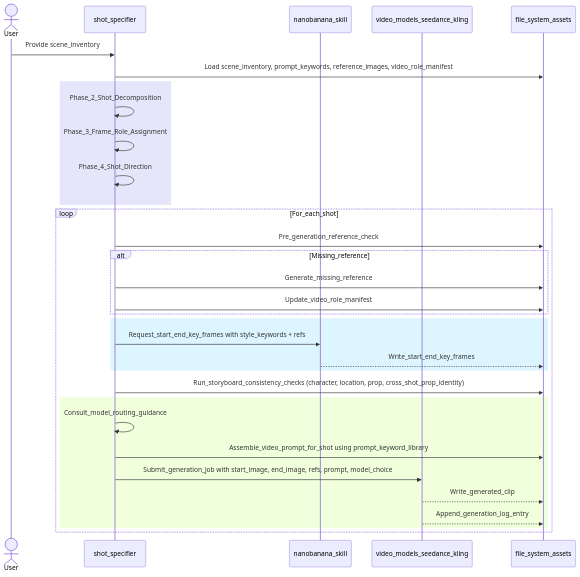
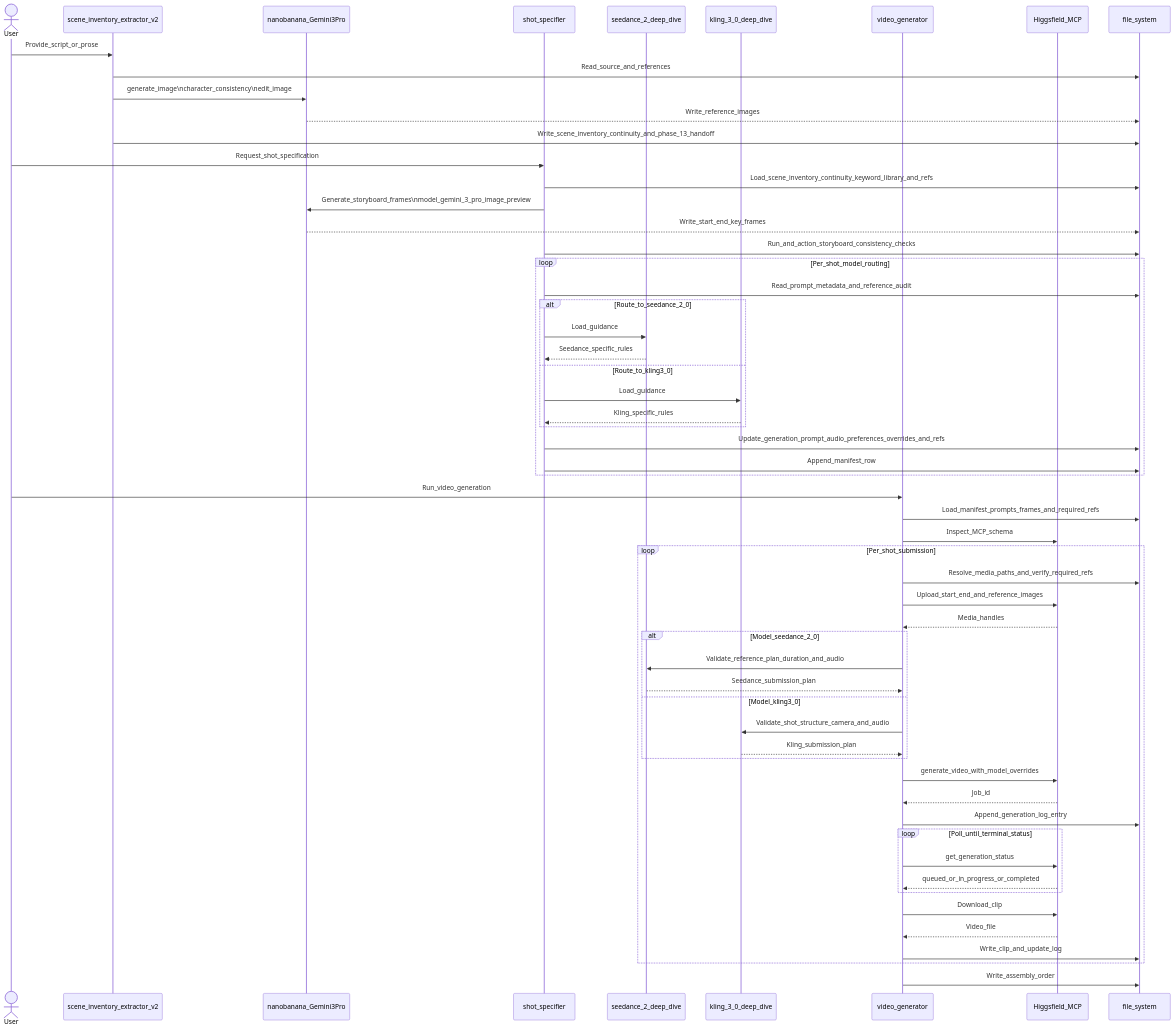
The first of 3 diagrams in docs/users-guide.md (leynos/visual-storytelling-skills), drawn with Mermaid before and after one commit. The commit also changed other lines of this file and 33 other files, not shown here.

First line of the commit message:
Update Nanobanana and Video skills per feedback (#2)

````diff
--- a/docs/users-guide.md
+++ b/docs/users-guide.md
@@ -26,40 +29,70 @@
 ```mermaid
 sequenceDiagram
   actor User
-  participant Shot_specifier as shot_specifier
-  participant Nanobanana as nanobanana_skill
-  participant Video_models as video_models_seedance_kling
-  participant FS as file_system_assets
+  participant Extractor as scene_inventory_extractor_v2
+  participant Nano as nanobanana_Gemini3Pro
+  participant Shot as shot_specifier
+  participant SeedanceDD as seedance_2_deep_dive
+  participant KlingDD as kling_3_0_deep_dive
+  participant VideoGen as video_generator
+  participant Higgs as Higgsfield_MCP
+  participant FS as file_system
 
-  User->>Shot_specifier: Provide scene_inventory
-  Shot_specifier->>FS: Load scene_inventory, prompt_keywords, reference_images, video_role_manifest
+  User->>Extractor: Provide_script_or_prose
+  Extractor->>FS: Read_source_and_references
+  Extractor->>Nano: generate_image\ncharacter_consistency\nedit_image
+  Nano-->>FS: Write_reference_images
+  Extractor->>FS: Write_scene_inventory_continuity_and_phase_13_handoff
 
-  rect rgb(230,230,250)
-    Shot_specifier->>Shot_specifier: Phase_2_Shot_Decomposition
-    Shot_specifier->>Shot_specifier: Phase_3_Frame_Role_Assignment
-    Shot_specifier->>Shot_specifier: Phase_4_Shot_Direction
+  User->>Shot: Request_shot_specification
+  Shot->>FS: Load_scene_inventory_continuity_keyword_library_and_refs
+  Shot->>Nano: Generate_storyboard_frames\nmodel_gemini_3_pro_image_preview
+  Nano-->>FS: Write_start_end_key_frames
+  Shot->>FS: Run_and_action_storyboard_consistency_checks
+
+  loop Per_shot_model_routing
+    Shot->>FS: Read_prompt_metadata_and_reference_audit
+    alt Route_to_seedance_2_0
+      Shot->>SeedanceDD: Load_guidance
+      SeedanceDD-->>Shot: Seedance_specific_rules
+    else Route_to_kling3_0
+      Shot->>KlingDD: Load_guidance
+      KlingDD-->>Shot: Kling_specific_rules
+    end
+    Shot->>FS: Update_generation_prompt_audio_preferences_overrides_and_refs
+    Shot->>FS: Append_manifest_row
   end
 
-  loop For_each_shot
-    Shot_specifier->>FS: Pre_generation_reference_check
-    alt Missing_reference
-      Shot_specifier->>FS: Generate_missing_reference
-      Shot_specifier->>FS: Update_video_role_manifest
+  User->>VideoGen: Run_video_generation
+  VideoGen->>FS: Load_manifest_prompts_frames_and_required_refs
+  VideoGen->>Higgs: Inspect_MCP_schema
+
+  loop Per_shot_submission
+    VideoGen->>FS: Resolve_media_paths_and_verify_required_refs
+    VideoGen->>Higgs: Upload_start_end_and_reference_images
+    Higgs-->>VideoGen: Media_handles
+
+    alt Model_seedance_2_0
+      VideoGen->>SeedanceDD: Validate_reference_plan_duration_and_audio
+      SeedanceDD-->>VideoGen: Seedance_submission_plan
+    else Model_kling3_0
+      VideoGen->>KlingDD: Validate_shot_structure_camera_and_audio
+      KlingDD-->>VideoGen: Kling_submission_plan
     end
 
-    rect rgb(220,245,255)
-      Shot_specifier->>Nanobanana: Request_start_end_key_frames with style_keywords + refs
-      Nanobanana-->>FS: Write_start_end_key_frames
+    VideoGen->>Higgs: generate_video_with_model_overrides
+    Higgs-->>VideoGen: Job_id
+    VideoGen->>FS: Append_generation_log_entry
+
+    loop Poll_until_terminal_status
+      VideoGen->>Higgs: get_generation_status
+      Higgs-->>VideoGen: queued_or_in_progress_or_completed
     end
 
-    Shot_specifier->>FS: Run_storyboard_consistency_checks (character, location, prop, cross_shot_prop_identity)
+    VideoGen->>Higgs: Download_clip
+    Higgs-->>VideoGen: Video_file
+    VideoGen->>FS: Write_clip_and_update_log
+  end
 
-    rect rgb(240,255,220)
-      Shot_specifier->>Shot_specifier: Consult_model_routing_guidance
-      Shot_specifier->>FS: Assemble_video_prompt_for_shot using prompt_keyword_library
-      Shot_specifier->>Video_models: Submit_generation_job with start_image, end_image, refs, prompt, model_choice
-      Video_models-->>FS: Write_generated_clip
-      Video_models-->>FS: Append_generation_log_entry
-    end
-  end
+  VideoGen->>FS: Write_assembly_order
 ```
````
